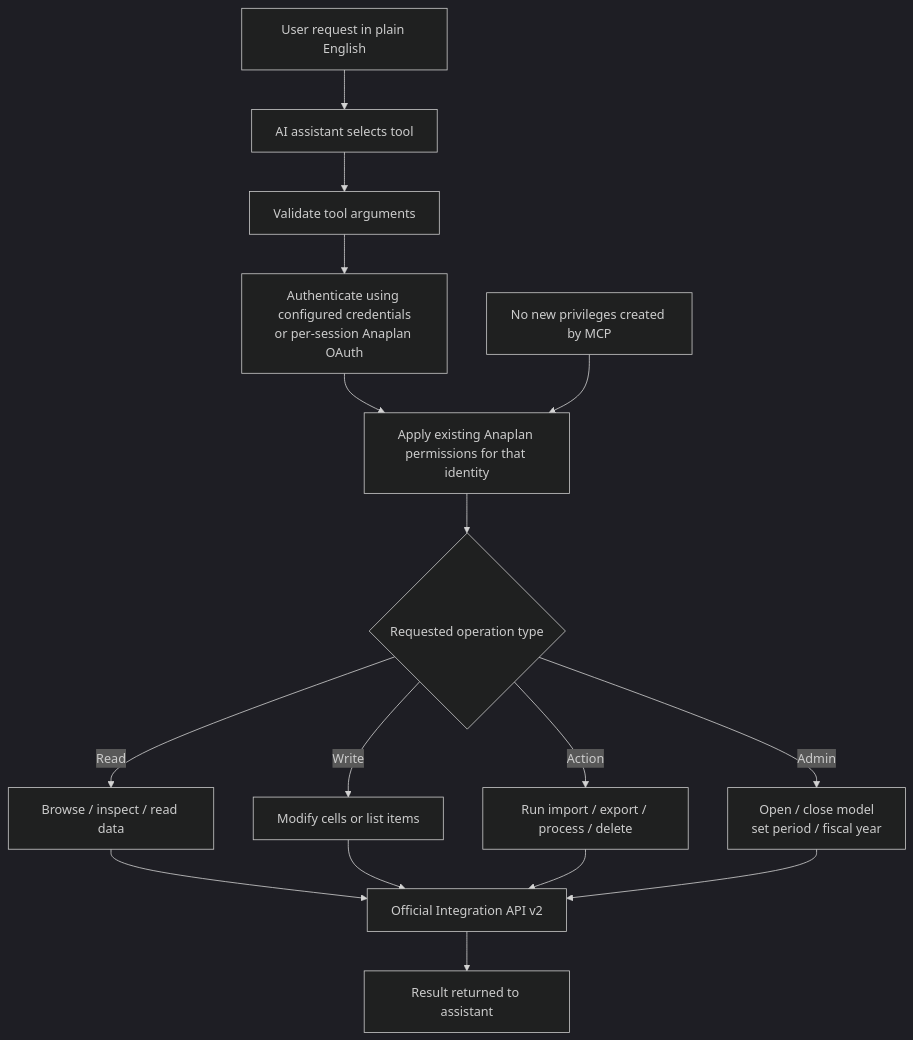
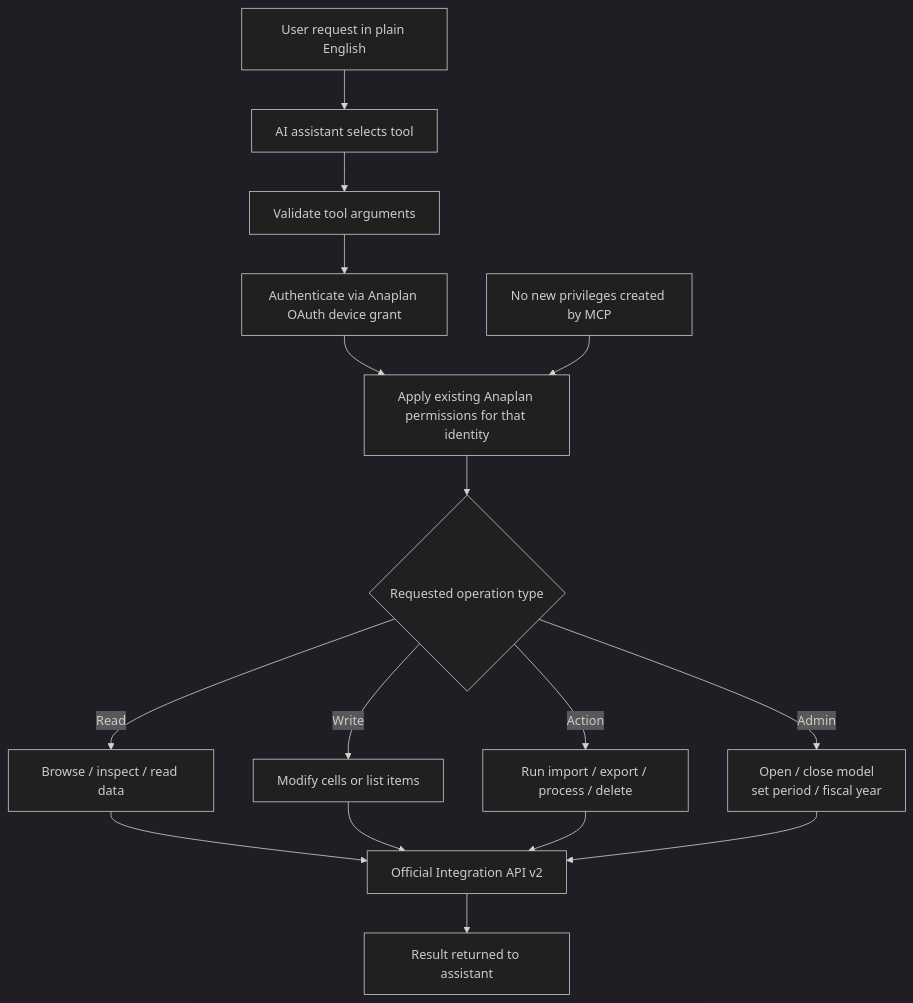
The third of 3 diagrams in docs/architecture/overview.md (lionelsultan/anaplan-mcp), drawn with Mermaid (dark theme) before and after one commit. The commit also changed other lines of this file and 11 other files, not shown here.

First line of the commit message:
Simplify auth to OAuth device grant only

````diff
--- a/docs/architecture/overview.md
+++ b/docs/architecture/overview.md
@@ -112,22 +102,22 @@
 ```mermaid
 flowchart TD
     U[User request in plain English] --> C[AI assistant selects tool]
     C --> V[Validate tool arguments]
-    V --> A[Authenticate using configured credentials<br/>or per-session Anaplan OAuth]
+    V --> A[Authenticate via Anaplan OAuth device grant]
     A --> P[Apply existing Anaplan permissions for that identity]
     P --> D{Requested operation type}
 
     D -->|Read| R[Browse / inspect / read data]
     D -->|Write| W[Modify cells or list items]
     D -->|Action| X[Run import / export / process / delete]
     D -->|Admin| M[Open / close model<br/>set period / fiscal year]
 
     R --> API[Official Integration API v2]
     W --> API
     X --> API
     M --> API
 
     API --> O[Result returned to assistant]
 
     N[No new privileges created by MCP] --> P
 ```
````
